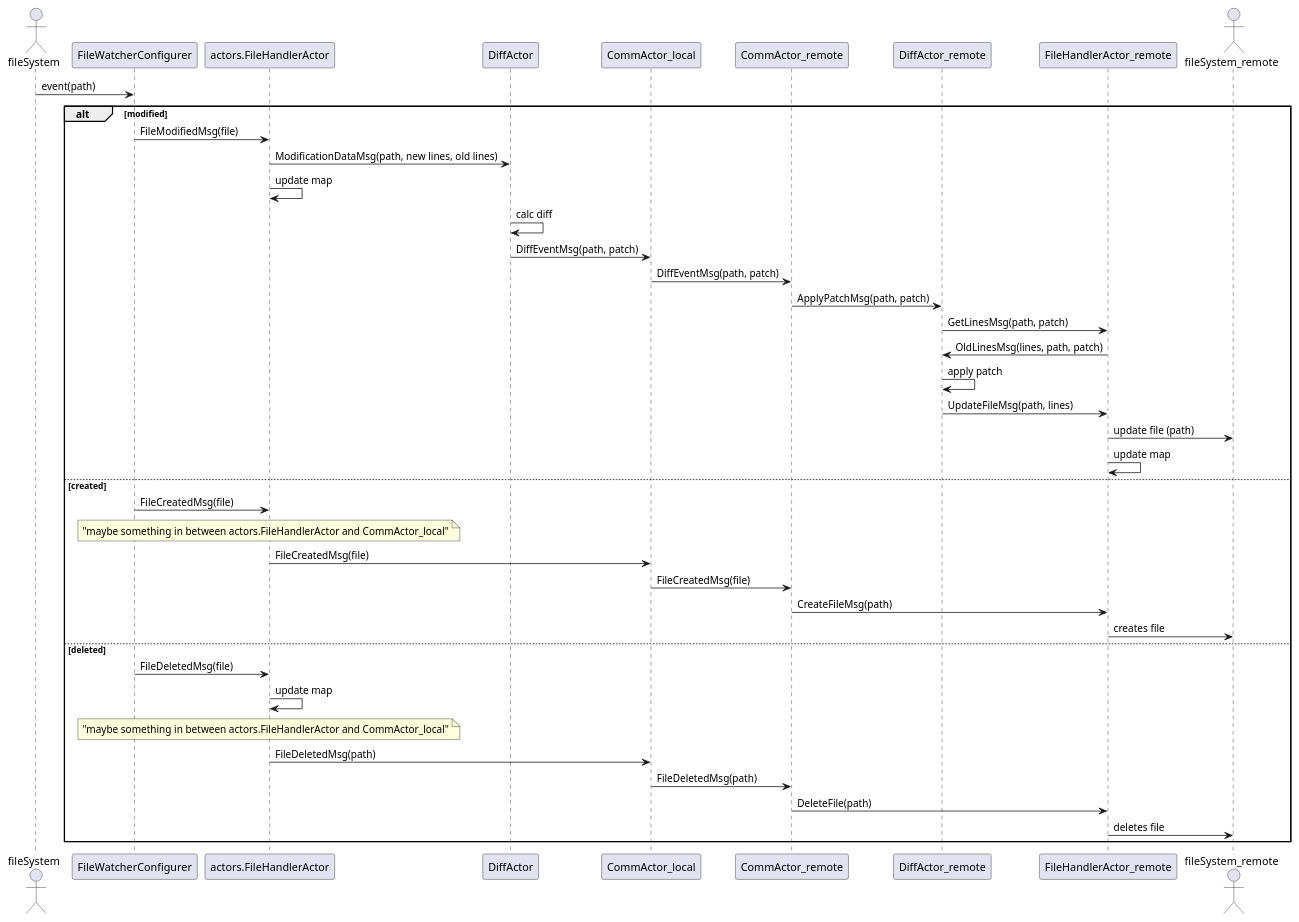
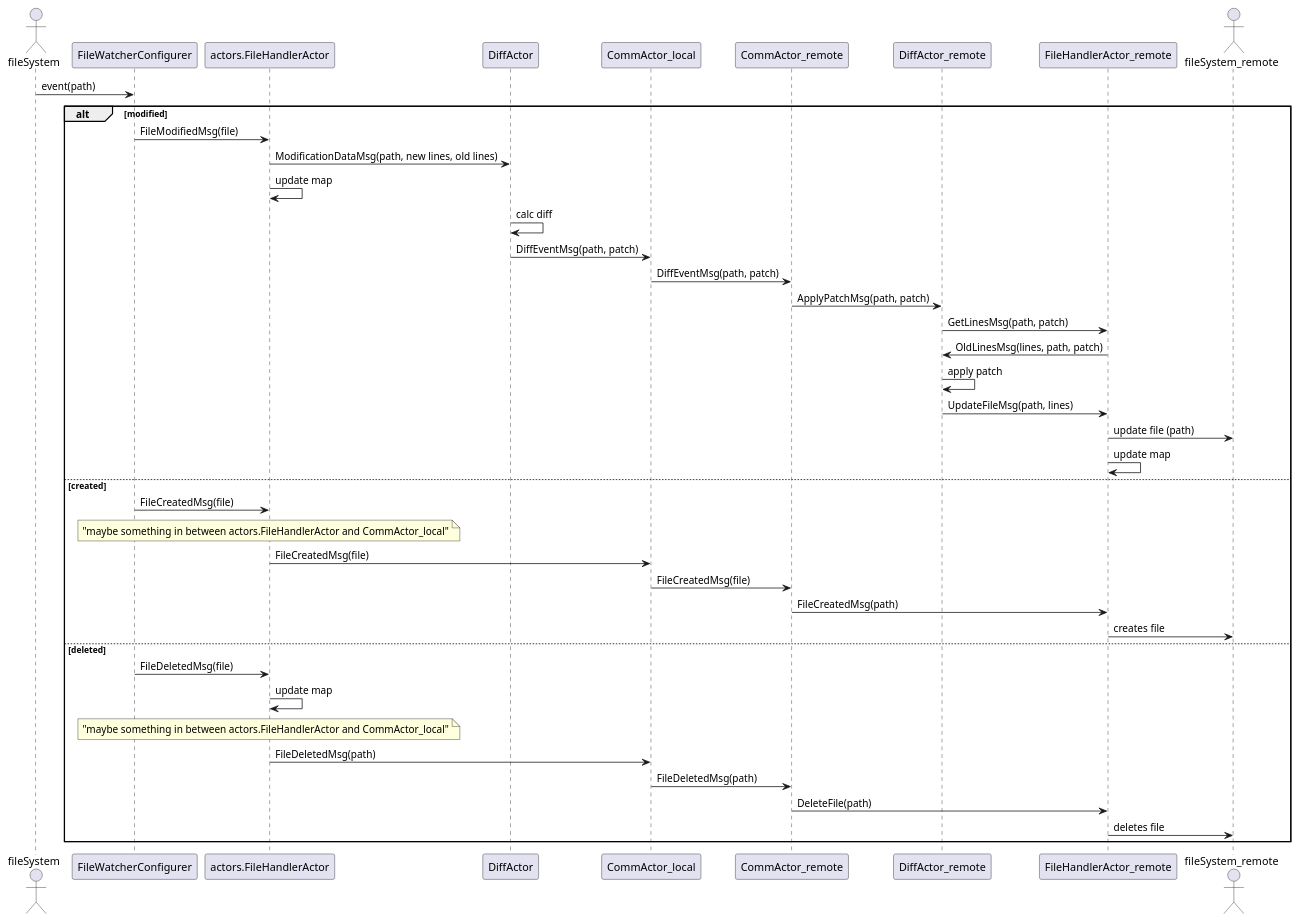
The diagram in docs/basicSeq.puml (Goolue/fileSyncr), drawn with PlantUML before and after one commit. The commit also changed 2 other files, not shown here.

Commit message:
got rid of CreateFileMsg, all tests pass

```diff
--- a/docs/basicSeq.puml
+++ b/docs/basicSeq.puml
@@ -1,56 +1,56 @@
 @startuml
 	
 	actor fileSystem
 	participant FileWatcherConfigurer
 	participant actors.FileHandlerActor
 	participant DiffActor
 	participant CommActor_local
 	participant CommActor_remote
 	participant DiffActor_remote
 	participant FileHandlerActor_remote
 	actor fileSystem_remote
 
 	fileSystem -> FileWatcherConfigurer : event(path)
 	
 	alt modified
 		
 		FileWatcherConfigurer -> actors.FileHandlerActor : FileModifiedMsg(file)
 		actors.FileHandlerActor -> DiffActor : ModificationDataMsg(path, new lines, old lines)
 		actors.FileHandlerActor -> actors.FileHandlerActor : update map
 		DiffActor -> DiffActor : calc diff
 		DiffActor -> CommActor_local : DiffEventMsg(path, patch)
 		CommActor_local -> CommActor_remote : DiffEventMsg(path, patch)
 		CommActor_remote -> DiffActor_remote : ApplyPatchMsg(path, patch)
 		DiffActor_remote -> FileHandlerActor_remote : GetLinesMsg(path, patch)
 		FileHandlerActor_remote -> DiffActor_remote : OldLinesMsg(lines, path, patch)
 		DiffActor_remote -> DiffActor_remote : apply patch
 		DiffActor_remote -> FileHandlerActor_remote : UpdateFileMsg(path, lines)
 		FileHandlerActor_remote -> fileSystem_remote : update file (path)
 		FileHandlerActor_remote -> FileHandlerActor_remote : update map
 
 	else created
 
 		FileWatcherConfigurer -> actors.FileHandlerActor : FileCreatedMsg(file)
 		note over actors.FileHandlerActor
 			"maybe something in between actors.FileHandlerActor and CommActor_local"
 		endnote
 		actors.FileHandlerActor -> CommActor_local : FileCreatedMsg(file)
 		CommActor_local -> CommActor_remote : FileCreatedMsg(file)
-		CommActor_remote -> FileHandlerActor_remote : CreateFileMsg(path)
+		CommActor_remote -> FileHandlerActor_remote : FileCreatedMsg(path)
 		FileHandlerActor_remote -> fileSystem_remote : creates file
 
 	else deleted
 
 		FileWatcherConfigurer -> actors.FileHandlerActor : FileDeletedMsg(file)
 		actors.FileHandlerActor -> actors.FileHandlerActor : update map
 		note over actors.FileHandlerActor
 			"maybe something in between actors.FileHandlerActor and CommActor_local"
 		endnote
 		actors.FileHandlerActor -> CommActor_local : FileDeletedMsg(path)
 		CommActor_local -> CommActor_remote : FileDeletedMsg(path)
 		CommActor_remote -> FileHandlerActor_remote : DeleteFile(path)
 		FileHandlerActor_remote -> fileSystem_remote : deletes file
 
 	end
 
 @enduml
```
